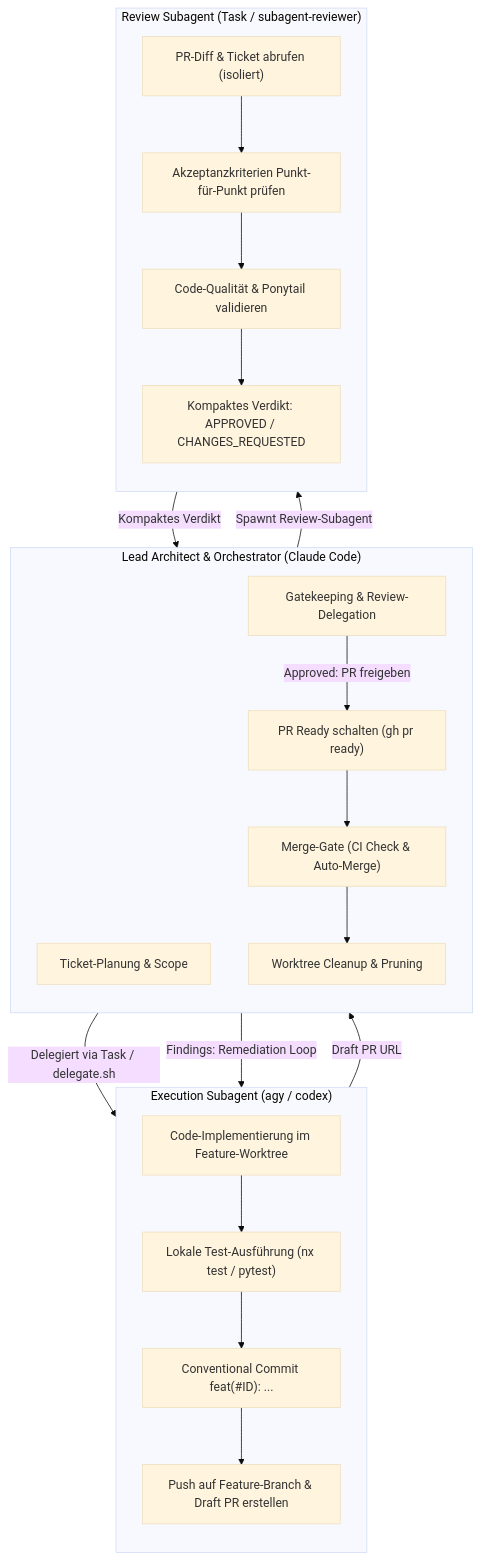
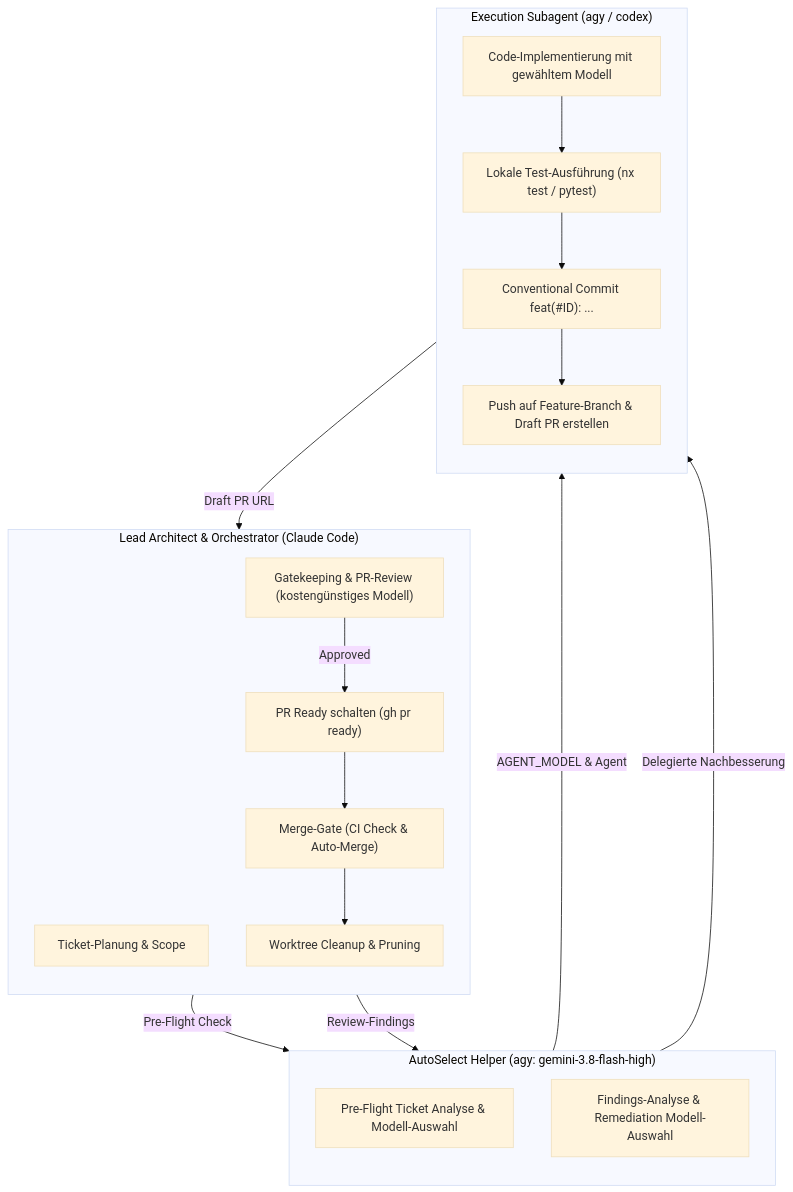
One commit to tihofman/agent-hq changed the diagram in docs/concepts/orchestrator-skill.md. Above: the diagram before and after it, drawn with Mermaid (base theme). The commit also changed other lines of this file, not shown here.

Commit message:
feat: add Task & Model AutoSelect step and lightweight review protocol (#63)

````diff
--- a/docs/concepts/orchestrator-skill.md
+++ b/docs/concepts/orchestrator-skill.md
@@ -23,38 +23,35 @@
 ```mermaid
 flowchart TD
     subgraph Lead ["Lead Architect & Orchestrator (Claude Code)"]
         direction TB
         L1["Ticket-Planung & Scope"]
-        L2["Gatekeeping & Review-Delegation"]
+        L2["Gatekeeping & PR-Review (kostengünstiges Modell)"]
         L3["PR Ready schalten (gh pr ready)"]
         L4["Merge-Gate (CI Check & Auto-Merge)"]
         L5["Worktree Cleanup & Pruning"]
     end
 
+    subgraph AutoSizer ["AutoSelect Helper (agy: gemini-3.8-flash-high)"]
+        direction TB
+        A1["Pre-Flight Ticket Analyse & Modell-Auswahl"]
+        A2["Findings-Analyse & Remediation Modell-Auswahl"]
+    end
+
     subgraph Worker ["Execution Subagent (agy / codex)"]
         direction TB
-        W1["Code-Implementierung im Feature-Worktree"]
+        W1["Code-Implementierung mit gewähltem Modell"]
         W2["Lokale Test-Ausführung (nx test / pytest)"]
         W3["Conventional Commit feat(#ID): ..."]
         W4["Push auf Feature-Branch & Draft PR erstellen"]
     end
 
-    subgraph Reviewer ["Review Subagent (Task / subagent-reviewer)"]
-        direction TB
-        R1["PR-Diff & Ticket abrufen (isoliert)"]
-        R2["Akzeptanzkriterien Punkt-für-Punkt prüfen"]
-        R3["Code-Qualität & Ponytail validieren"]
-        R4["Kompaktes Verdikt: APPROVED / CHANGES_REQUESTED"]
-    end
-
-    L1 -->|Delegiert via Task / delegate.sh| W1
+    L1 -->|Pre-Flight Check| A1
+    A1 -->|AGENT_MODEL & Agent| W1
     W1 --> W2 --> W3 --> W4
     W4 -->|Draft PR URL| L2
-    L2 -->|Spawnt Review-Subagent| R1
-    R1 --> R2 --> R3 --> R4
-    R4 -->|Kompaktes Verdikt| L2
-    L2 -->|Findings: Remediation Loop| W1
-    L2 -->|Approved: PR freigeben| L3
+    L2 -->|Approved| L3
+    L2 -->|Review-Findings| A2
+    A2 -->|Delegierte Nachbesserung| W1
     L3 --> L4
     L4 --> L5
 ```
````
